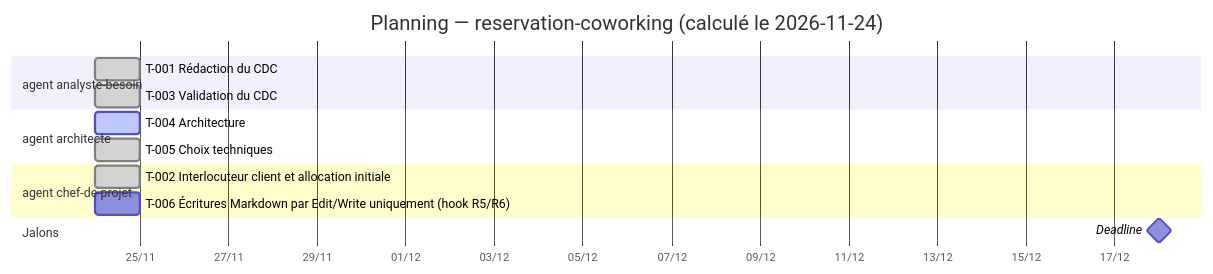
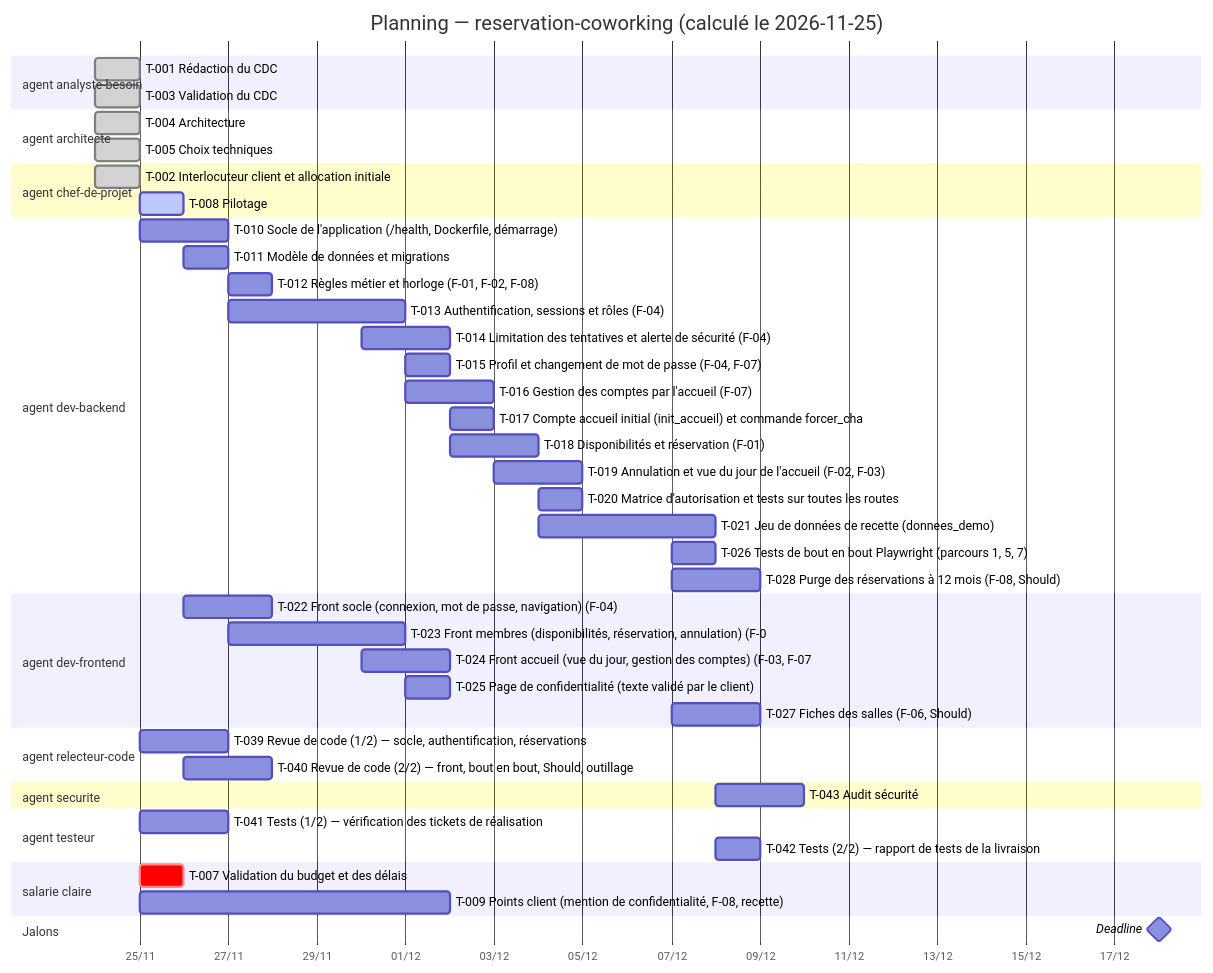
The diagram in projets/reservation-coworking/TABLEAU.md (LopezMat/tpGestionProjet), drawn with Mermaid before and after one commit. The commit also changed other lines of this file and 55 other files, not shown here.

Commit message:
reservation-coworking: planning v1.0 validé (DEC-009, DEC-010)

````diff
--- a/projets/reservation-coworking/TABLEAU.md
+++ b/projets/reservation-coworking/TABLEAU.md
@@ -65,17 +105,49 @@
 ```mermaid
 gantt
-    title Planning — reservation-coworking (calculé le 2026-11-24)
+    title Planning — reservation-coworking (calculé le 2026-11-25)
     dateFormat YYYY-MM-DD
     axisFormat %d/%m
     section agent analyste-besoin
     T-001 Rédaction du CDC :done, t001, 2026-11-24, 2026-11-25
     T-003 Validation du CDC :done, t003, 2026-11-24, 2026-11-25
     section agent architecte
-    T-004 Architecture :active, t004, 2026-11-24, 2026-11-25
+    T-004 Architecture :done, t004, 2026-11-24, 2026-11-25
     T-005 Choix techniques :done, t005, 2026-11-24, 2026-11-25
     section agent chef-de-projet
     T-002 Interlocuteur client et allocation initiale :done, t002, 2026-11-24, 2026-11-25
-    T-006 Écritures Markdown par Edit/Write uniquement (hook R5/R6) :t006, 2026-11-24, 2026-11-25
+    T-008 Pilotage :active, t008, 2026-11-25, 2026-11-26
+    section agent dev-backend
+    T-010 Socle de l'application (/health, Dockerfile, démarrage) :t010, 2026-11-25, 2026-11-27
+    T-011 Modèle de données et migrations :t011, 2026-11-26, 2026-11-27
+    T-012 Règles métier et horloge (F-01, F-02, F-08) :t012, 2026-11-27, 2026-11-28
+    T-013 Authentification, sessions et rôles (F-04) :t013, 2026-11-27, 2026-12-01
+    T-014 Limitation des tentatives et alerte de sécurité (F-04) :t014, 2026-11-30, 2026-12-02
+    T-015 Profil et changement de mot de passe (F-04, F-07) :t015, 2026-12-01, 2026-12-02
+    T-016 Gestion des comptes par l'accueil (F-07) :t016, 2026-12-01, 2026-12-03
+    T-017 Compte accueil initial (init_accueil) et commande forcer_cha :t017, 2026-12-02, 2026-12-03
+    T-018 Disponibilités et réservation (F-01) :t018, 2026-12-02, 2026-12-04
+    T-019 Annulation et vue du jour de l'accueil (F-02, F-03) :t019, 2026-12-03, 2026-12-05
+    T-020 Matrice d'autorisation et tests sur toutes les routes :t020, 2026-12-04, 2026-12-05
+    T-021 Jeu de données de recette (donnees_demo) :t021, 2026-12-04, 2026-12-08
+    T-026 Tests de bout en bout Playwright (parcours 1, 5, 7) :t026, 2026-12-07, 2026-12-08
+    T-028 Purge des réservations à 12 mois (F-08, Should) :t028, 2026-12-07, 2026-12-09
+    section agent dev-frontend
+    T-022 Front socle (connexion, mot de passe, navigation) (F-04) :t022, 2026-11-26, 2026-11-28
+    T-023 Front membres (disponibilités, réservation, annulation) (F-0 :t023, 2026-11-27, 2026-12-01
+    T-024 Front accueil (vue du jour, gestion des comptes) (F-03, F-07 :t024, 2026-11-30, 2026-12-02
+    T-025 Page de confidentialité (texte validé par le client) :t025, 2026-12-01, 2026-12-02
+    T-027 Fiches des salles (F-06, Should) :t027, 2026-12-07, 2026-12-09
+    section agent relecteur-code
+    T-039 Revue de code (1/2) — socle, authentification, réservations :t039, 2026-11-25, 2026-11-27
+    T-040 Revue de code (2/2) — front, bout en bout, Should, outillage :t040, 2026-11-26, 2026-11-28
+    section agent securite
+    T-043 Audit sécurité :t043, 2026-12-08, 2026-12-10
+    section agent testeur
+    T-041 Tests (1/2) — vérification des tickets de réalisation :t041, 2026-11-25, 2026-11-27
+    T-042 Tests (2/2) — rapport de tests de la livraison :t042, 2026-12-08, 2026-12-09
+    section salarie claire
+    T-007 Validation du budget et des délais :crit, t007, 2026-11-25, 2026-11-26
+    T-009 Points client (mention de confidentialité, F-08, recette) :t009, 2026-11-25, 2026-12-02
     section Jalons
     Deadline :milestone, deadline, 2026-12-18, 0d
 ```
````
